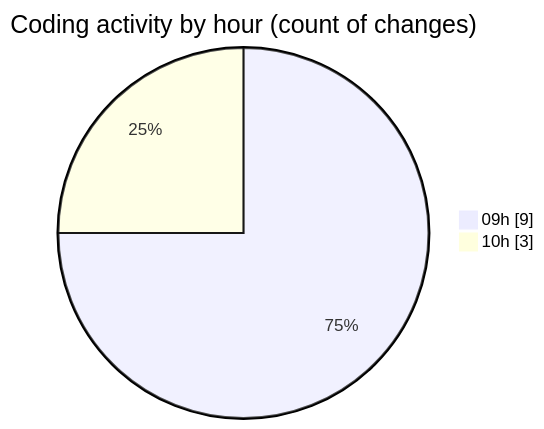
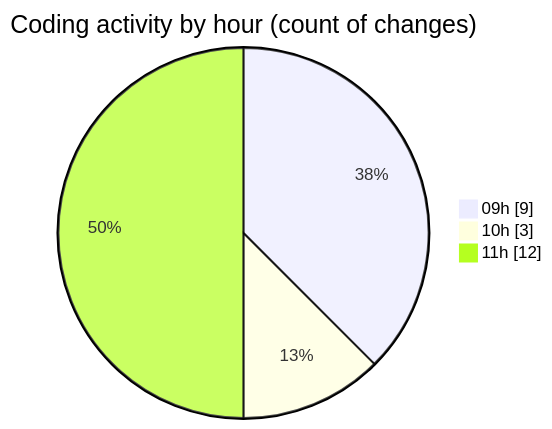
One commit to momahboobian/code-tracking changed the second of 2 diagrams in 2026-08-17/cda/README.md. Above: the diagram before and after it, drawn with Mermaid. The commit also changed other lines of this file and 1 other file, not shown here.

````diff
--- a/2026-08-17/cda/README.md
+++ b/2026-08-17/cda/README.md
@@ -29,6 +36,7 @@
 ```mermaid
 pie showData
 title Coding activity by hour (count of changes)
 "09h" : 9
 "10h" : 3
+"11h" : 12
 ```
````
